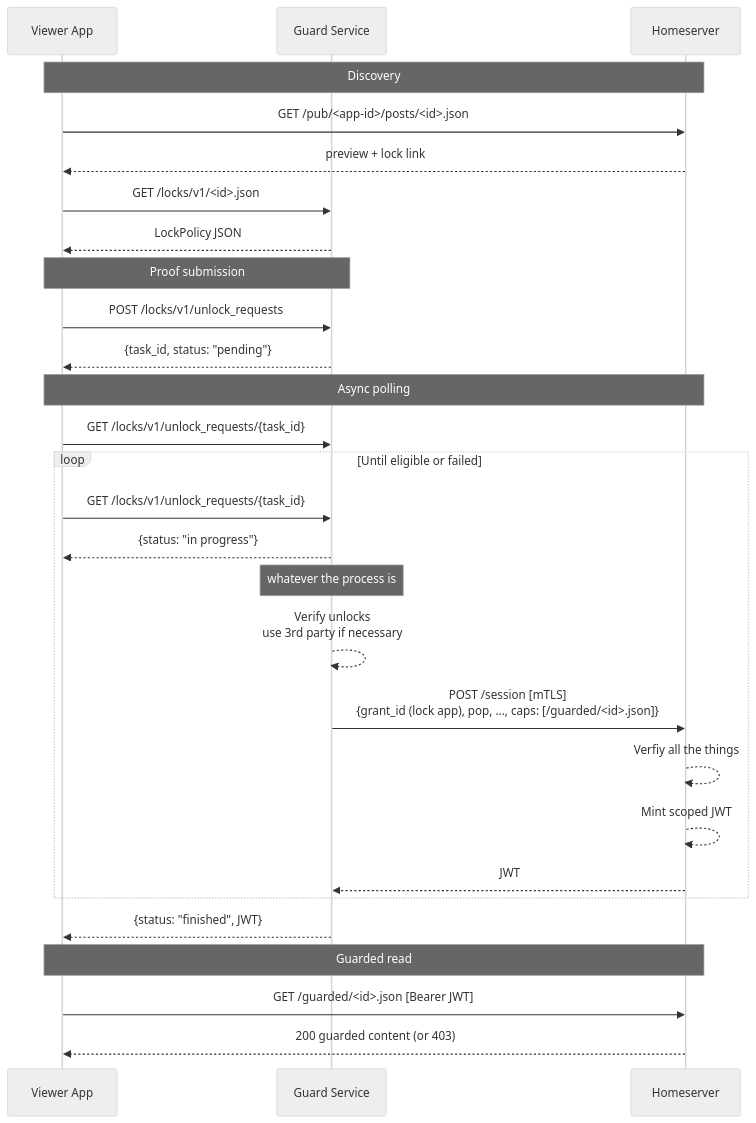
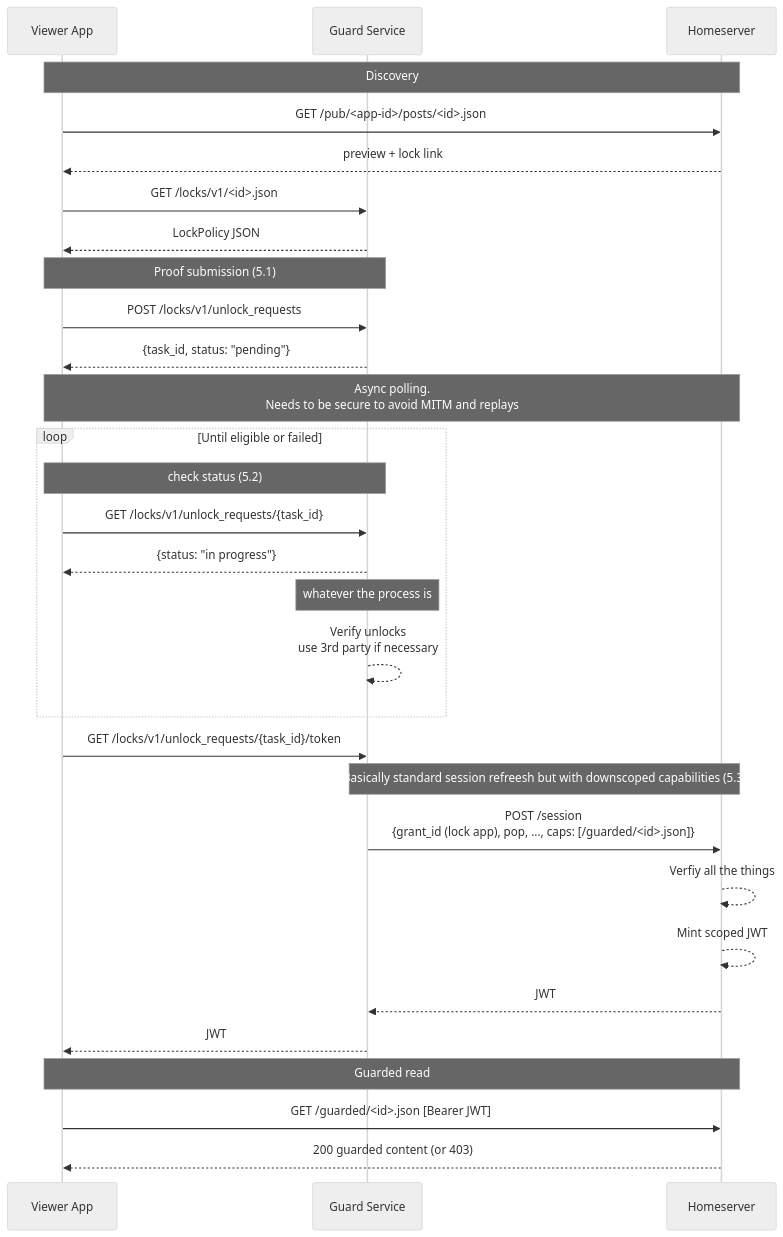
One commit to BitcoinErrorLog/pubky-locks changed the second of 4 diagrams in jwt_proxy_proposal.md. Above: the diagram before and after it, drawn with Mermaid (neutral theme). The commit also changed other lines of this file, not shown here.

Commit message:
payloads and graph 1st iter

````diff
--- a/jwt_proxy_proposal.md
+++ b/jwt_proxy_proposal.md
@@ -119,37 +128,43 @@
 ```mermaid
 sequenceDiagram
   participant V as Viewer App
   participant G as Guard Service
   participant H as Homeserver
 
   Note over V,H: Discovery
   V->>H: GET /pub/<app-id>/posts/<id>.json
   H-->>V: preview + lock link
 
   V->>G: GET /locks/v1/<id>.json
   G-->>V: LockPolicy JSON
 
-  Note over V,G: Proof submission
+  Note over V,G: Proof submission (5.1)
   V->>G: POST /locks/v1/unlock_requests
   G-->>V: {task_id, status: "pending"}
 
-  Note over V,H: Async polling
-  V->>G: GET /locks/v1/unlock_requests/{task_id}
+  Note over V,H: Async polling.<br/>Needs to be secure to avoid MITM and replays
   loop Until eligible or failed
+    Note over V,G: check status (5.2)
     V->>G: GET /locks/v1/unlock_requests/{task_id}
     G-->>V: {status: "in progress"}
 
     Note over G,G: whatever the process is
     G-->>G: Verify unlocks <br/> use 3rd party if necessary
 
-    G->>H: POST /session [mTLS]<br/>{grant_id (lock app), pop, ..., caps: [/guarded/<id>.json]}
-    H-->>H: Verfiy all the things
-    H-->>H: Mint scoped JWT
-    H-->>G: JWT
   end
-  G-->>V: {status: "finished", JWT}
+
+
+  V->>G: GET /locks/v1/unlock_requests/{task_id}/token
+
+  Note over G,H: Basically standard session refreesh but with downscoped capabilities (5.3)
+  G->>H: POST /session<br/>{grant_id (lock app), pop, ..., caps: [/guarded/<id>.json]}
+  H-->>H: Verfiy all the things
+  H-->>H: Mint scoped JWT
+  H-->>G: JWT
+
+  G-->>V: JWT
 
   Note over V,H: Guarded read
   V->>H: GET /guarded/<id>.json [Bearer JWT]
   H-->>V: 200 guarded content (or 403)
 ```
````
